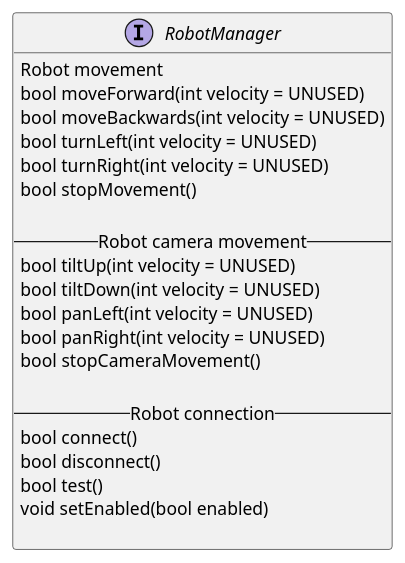
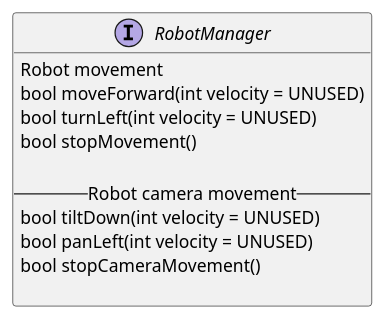
One commit to asrob-uc3m/robotDevastation-developer-manual changed the second of 3 diagrams in robot-management.md. Above: the diagram before and after it, drawn with PlantUML. The commit also changed other lines of this file, not shown here.

Commit message:
Updates robot-management.md
Auto commit by GitBook Editor

```diff
--- a/robot-management.md
+++ b/robot-management.md
@@ -26,24 +27,14 @@
 {% plantuml %}
 interface RobotManager {
 --Robot movement --    
 bool moveForward(int velocity = UNUSED)
-bool moveBackwards(int velocity = UNUSED)
 bool turnLeft(int velocity = UNUSED)
-bool turnRight(int velocity = UNUSED)
 bool stopMovement()
 
 --Robot camera movement --
-bool tiltUp(int velocity = UNUSED)
 bool tiltDown(int velocity = UNUSED)
 bool panLeft(int velocity = UNUSED)
-bool panRight(int velocity = UNUSED)
 bool stopCameraMovement()
-
---Robot connection --
-bool connect()
-bool disconnect()
-bool test()
-void setEnabled(bool enabled)
 
 }
 {% endplantuml %}
```
